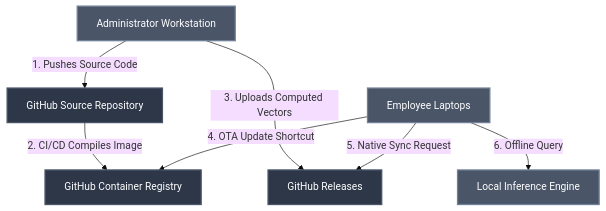
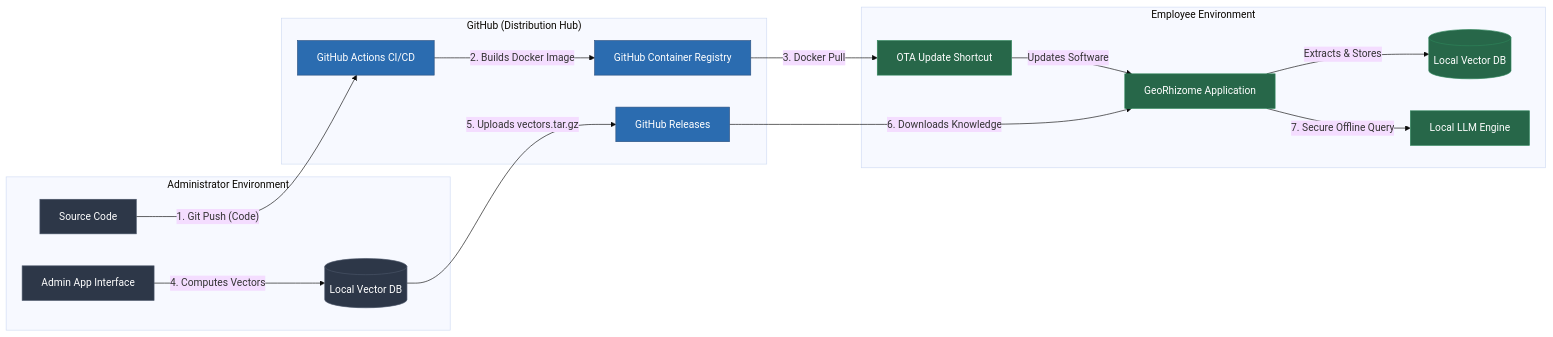
One commit to BAIZ1D/GeoRhizome_AI-LTS changed the first of 2 diagrams in georhizome-ai-source/README.md. Above: the diagram before and after it, drawn with Mermaid (base theme). The commit also changed other lines of this file, not shown here.

First line of the commit message:
Docs: Overhaul README with highly detailed architectural pillars and logical Mermaid diagrams

````diff
--- a/georhizome-ai-source/README.md
+++ b/georhizome-ai-source/README.md
@@ -14,26 +18,44 @@
 ```mermaid
-graph TD
-    %% Entities
-    Admin[Administrator Workstation]
-    Employee[Employee Laptops]
-    Repo[GitHub Source Repository]
-    GHCR[GitHub Container Registry]
-    Releases[GitHub Releases]
-    LocalLLM[Local Inference Engine]
+graph LR
+    subgraph Admin_Environment ["Administrator Environment"]
+        Admin_UI[Admin App Interface]
+        Admin_DB[(Local Vector DB)]
+        SourceCode[Source Code]
+    end
 
-    %% Admin Workflows
-    Admin -->|1. Pushes Source Code| Repo
-    Repo -->|2. CI/CD Compiles Image| GHCR
-    Admin -->|3. Uploads Computed Vectors| Releases
+    subgraph GitHub_Cloud ["GitHub (Distribution Hub)"]
+        GH_Actions[GitHub Actions CI/CD]
+        GH_Registry[GitHub Container Registry]
+        GH_Releases[GitHub Releases]
+    end
 
-    %% Employee Workflows
-    Employee -->|4. OTA Update Shortcut| GHCR
-    Employee -->|5. Native Sync Request| Releases
-    Employee -->|6. Offline Query| LocalLLM
+    subgraph Employee_Environment ["Employee Environment"]
+        Emp_Updater[OTA Update Shortcut]
+        Emp_App[GeoRhizome Application]
+        Emp_DB[(Local Vector DB)]
+        Local_LLM[Local LLM Engine]
+    end
+
+    %% Software Update Flow
+    SourceCode -- "1. Git Push (Code)" --> GH_Actions
+    GH_Actions -- "2. Builds Docker Image" --> GH_Registry
+    GH_Registry -- "3. Docker Pull" --> Emp_Updater
+    Emp_Updater -- "Updates Software" --> Emp_App
+
+    %% Knowledge Sync Flow
+    Admin_UI -- "4. Computes Vectors" --> Admin_DB
+    Admin_DB -- "5. Uploads vectors.tar.gz" --> GH_Releases
+    GH_Releases -- "6. Downloads Knowledge" --> Emp_App
+    Emp_App -- "Extracts & Stores" --> Emp_DB
+
+    %% Inference Flow
+    Emp_App -- "7. Secure Offline Query" --> Local_LLM
 
     %% Styling
-    classDef hub fill:#2d3748,stroke:#4a5568,stroke-width:2px,color:#fff;
-    classDef edge fill:#4a5568,stroke:#718096,stroke-width:2px,color:#fff;
-    class Repo,GHCR,Releases hub;
-    class Admin,Employee,LocalLLM edge;
+    classDef admin fill:#2d3748,stroke:#4a5568,color:#fff
+    classDef cloud fill:#2b6cb0,stroke:#2c5282,color:#fff
+    classDef emp fill:#276749,stroke:#2f855a,color:#fff
+    class Admin_UI,Admin_DB,SourceCode admin
+    class GH_Actions,GH_Registry,GH_Releases cloud
+    class Emp_Updater,Emp_App,Emp_DB,Local_LLM emp
 ```
````
